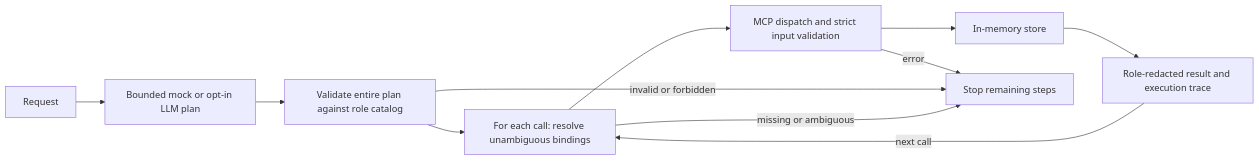
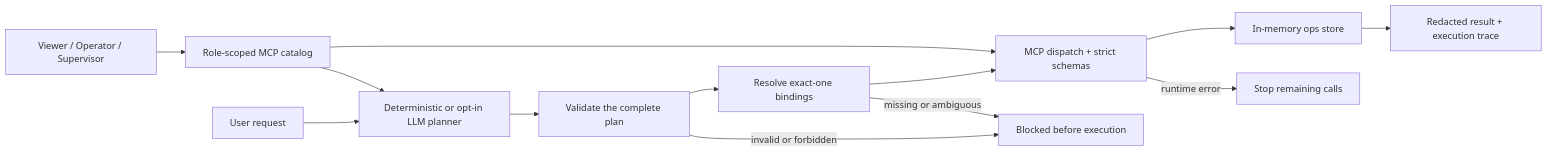
One commit to brendendearie/waylucid-agent-mcp changed the diagram in README.md. Above: the diagram before and after it, drawn with Mermaid. The commit also changed other lines of this file and 2 other files, not shown here.

````diff
--- a/README.md
+++ b/README.md
@@ -31,13 +53,15 @@
 ```mermaid
 flowchart LR
-  U[Request] --> P[Bounded mock or opt-in LLM plan]
-  P --> V[Validate entire plan against role catalog]
-  V --> B[For each call: resolve unambiguous bindings]
-  B --> M[MCP dispatch and strict input validation]
-  M --> S[In-memory store]
-  S --> R[Role-redacted result and execution trace]
-  R -->|next call| B
-  M -->|error| H[Stop remaining steps]
-  V -->|invalid or forbidden| H
+  U[User request] --> P[Deterministic or opt-in LLM planner]
+  R[Viewer / Operator / Supervisor] --> C[Role-scoped MCP catalog]
+  C --> P
+  P --> V[Validate the complete plan]
+  V --> B[Resolve exact-one bindings]
+  B --> M[MCP dispatch + strict schemas]
+  C --> M
+  M --> S[In-memory ops store]
+  S --> T[Redacted result + execution trace]
+  V -->|invalid or forbidden| H[Blocked before execution]
   B -->|missing or ambiguous| H
+  M -->|runtime error| X[Stop remaining calls]
 ```
````
